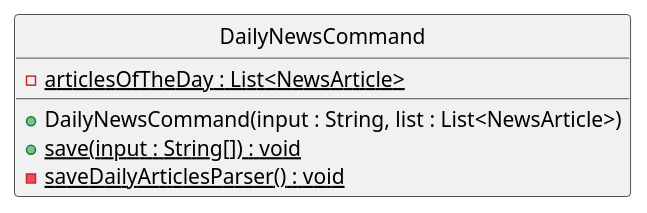
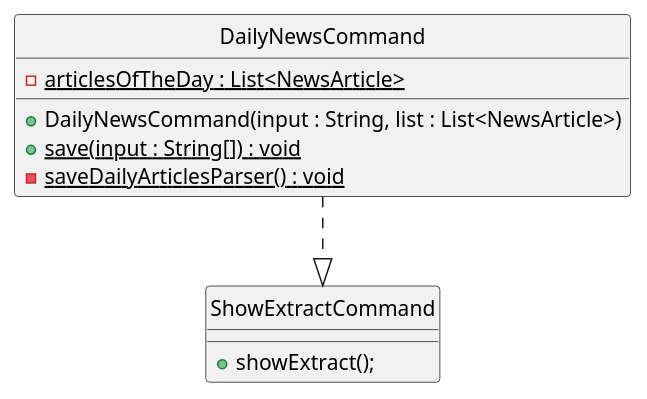
Before and after one commit to AhmedShaiyan/tp: the diagram in docs/UML_Diagrams/DailyNewsCommandClass.puml, drawn with PlantUML. The commit also changed 1 other file, not shown here.

```diff
--- a/docs/UML_Diagrams/DailyNewsCommandClass.puml
+++ b/docs/UML_Diagrams/DailyNewsCommandClass.puml
@@ -1,12 +1,18 @@
 @startuml
 hide circle
 
 class DailyNewsCommand {
 - {static}articlesOfTheDay : List<NewsArticle>
 
  + DailyNewsCommand(input : String, list : List<NewsArticle>)
  + {static}save(input : String[]) : void
  - {static}saveDailyArticlesParser() : void
 }
 
+class ShowExtractCommand {
+    + showExtract();
+}
+
+DailyNewsCommand ..|> ShowExtractCommand
+
 @enduml
```
